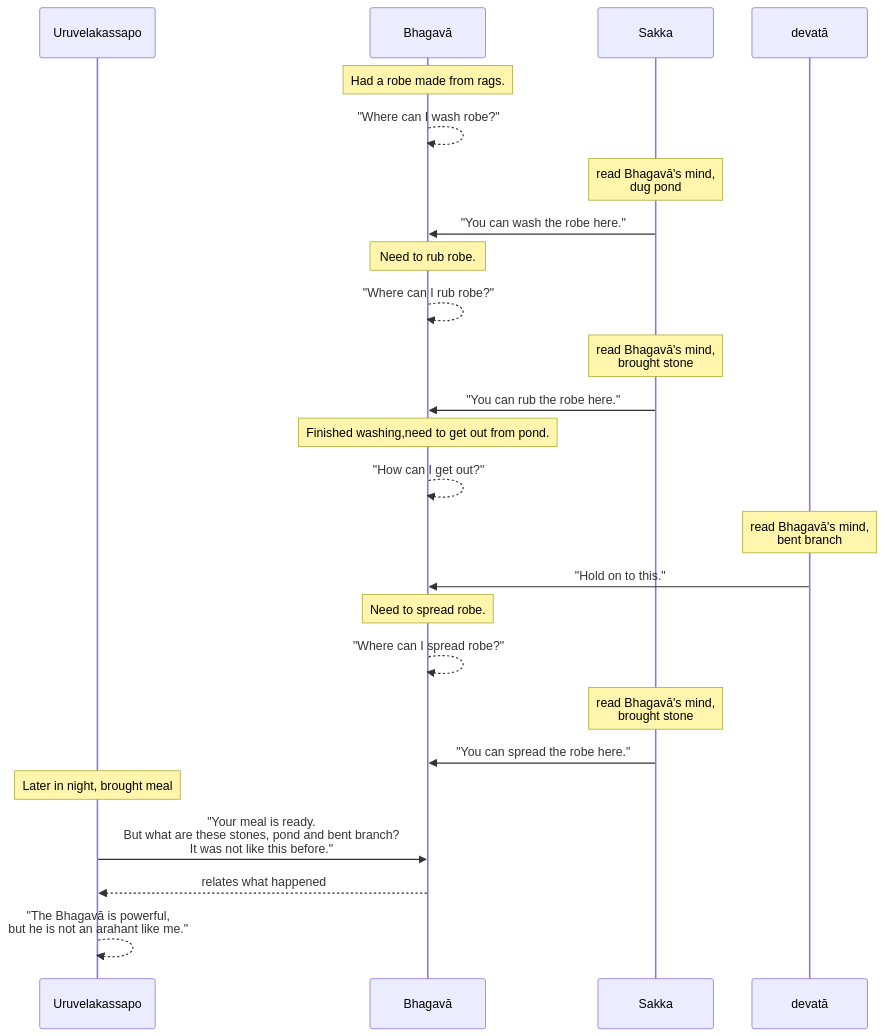
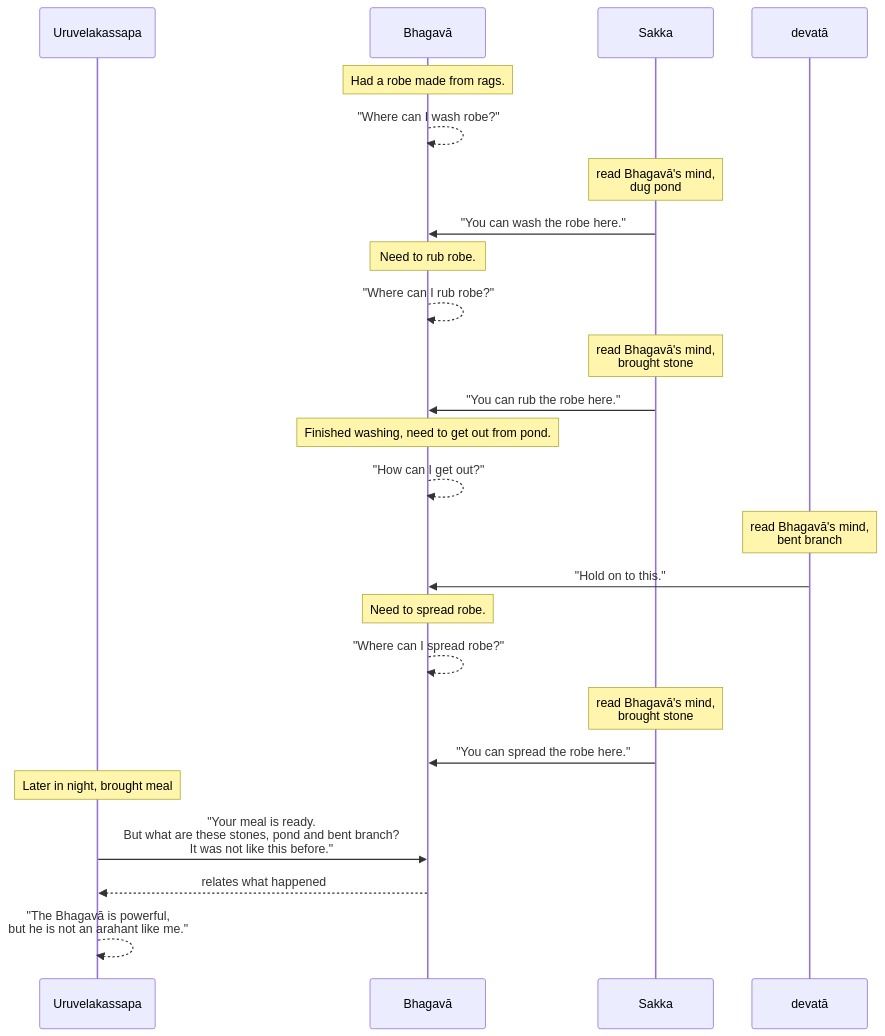
The seventh of 16 diagrams in src/content/docs/khandhaka/1-12.mdx (tidipa/tidipa.github.io), drawn with Mermaid before and after one commit. The commit also changed other lines of this file and 48 other files, not shown here.

````diff
--- a/src/content/docs/khandhaka/1-12.mdx
+++ b/src/content/docs/khandhaka/1-12.mdx
@@ -128,27 +128,27 @@
 ```mermaid
 sequenceDiagram
-	participant A1 as Uruvelakassapo
+	participant A1 as Uruvelakassapa
 	participant B as Bhagavā
 	participant S as Sakka
 	participant D as devatā
 	note over B: Had a robe made from rags.
 	B-->>B: "Where can I wash robe?"
 	note over S: read Bhagavā's mind,<br>dug pond
 	S->>B: "You can wash the robe here."
 	note over B: Need to rub robe.
 	B-->>B: "Where can I rub robe?"
 	note over S: read Bhagavā's mind,<br>brought stone
 	S->>B: "You can rub the robe here."
-	note over B: Finished washing,need to get out from pond.
+	note over B: Finished washing, need to get out from pond.
 	B-->>B: "How can I get out?"
 	note over D: read Bhagavā's mind,<br>bent branch
 	D->>B: "Hold on to this."
 	note over B: Need to spread robe.
 	B-->>B: "Where can I spread robe?"
 	note over S: read Bhagavā's mind,<br>brought stone
 	S->>B: "You can spread the robe here."
 	note over A1: Later in night, brought meal
 	A1->>B: "Your meal is ready.<br>But what are these stones, pond and bent branch?<br>It was not like this before."
 	B-->>A1: relates what happened
 	A1-->>A1: "The Bhagavā is powerful, <br>but he is not an arahant like me."
 ```
````
